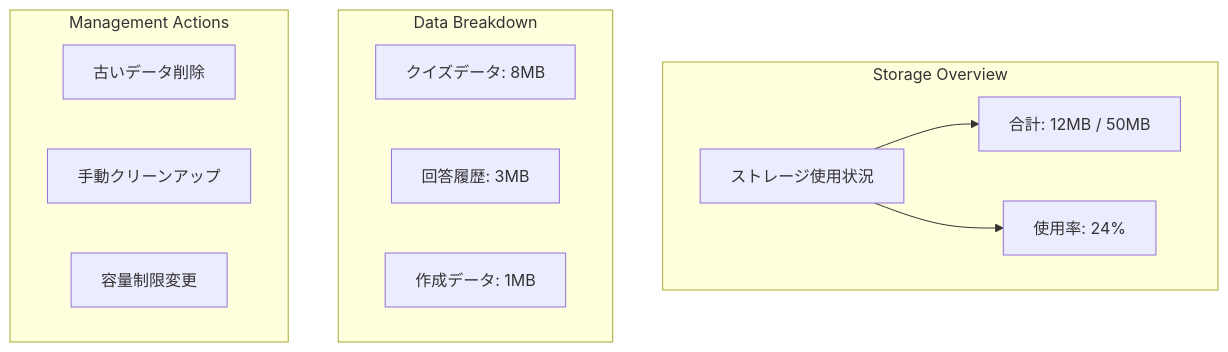
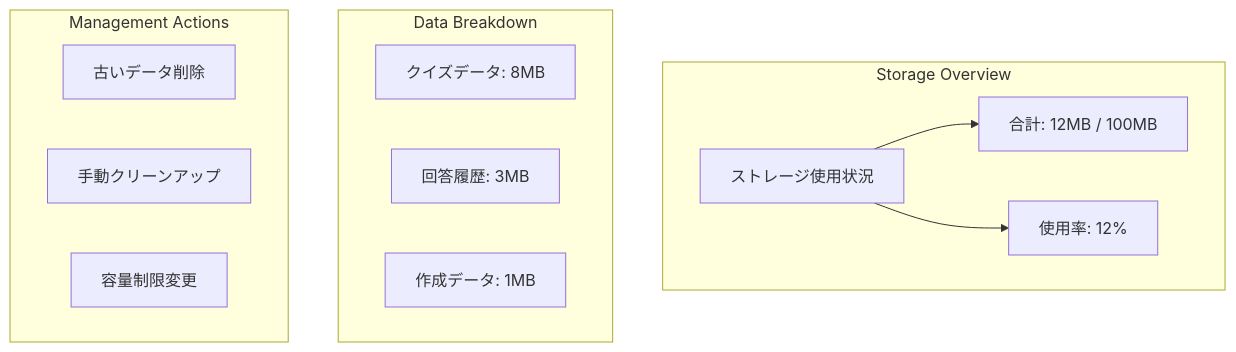
Before and after one commit to tanacchi/your-quiz: the sixth of 6 diagrams in docs/project/ui-design/1.02_user-stories/us-05_offline-sync.md, drawn with Mermaid. The commit also changed other lines of this file and 1 other file, not shown here.

````diff
--- a/docs/project/ui-design/1.02_user-stories/us-05_offline-sync.md
+++ b/docs/project/ui-design/1.02_user-stories/us-05_offline-sync.md
@@ -240,20 +240,20 @@
 ```mermaid
 graph TD
     subgraph "Storage Overview"
         A[ストレージ使用状況]
-        A --> B[合計: 12MB / 50MB]
-        A --> C[使用率: 24%]
+        A --> B[合計: 12MB / 100MB]
+        A --> C[使用率: 12%]
     end
 
     subgraph "Data Breakdown"
         D[クイズデータ: 8MB]
         E[回答履歴: 3MB]
         F[作成データ: 1MB]
     end
 
     subgraph "Management Actions"
         G[古いデータ削除]
         H[手動クリーンアップ]
         I[容量制限変更]
     end
 ```
````
